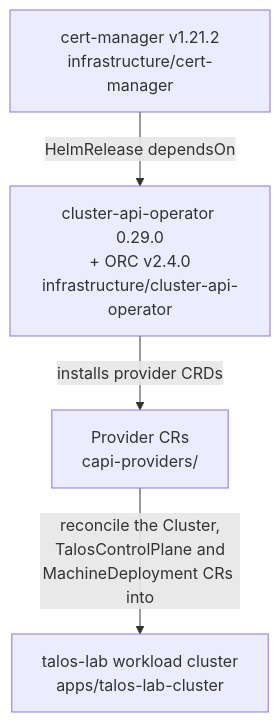
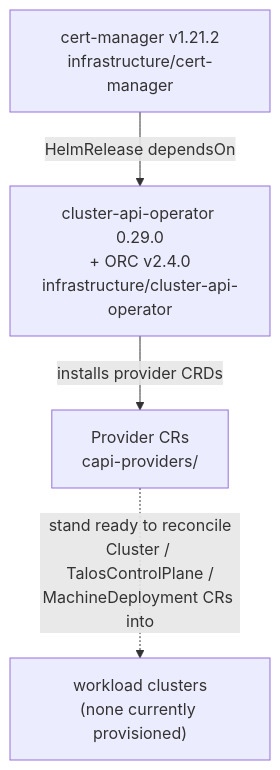
One commit to rezachalak/homelab changed the third of 3 diagrams in README.md. Above: the diagram before and after it, drawn with Mermaid. The commit also changed other lines of this file and 6 other files, not shown here.

First line of the commit message:
Remove the talos-lab workload cluster

````diff
--- a/README.md
+++ b/README.md
@@ -109,11 +111,11 @@
 ```mermaid
 flowchart TD
     cm["cert-manager v1.21.2<br/>infrastructure/cert-manager"]
     op["cluster-api-operator 0.29.0<br/>+ ORC v2.4.0<br/>infrastructure/cluster-api-operator"]
     pr["Provider CRs<br/>capi-providers/"]
-    cl["talos-lab workload cluster<br/>apps/talos-lab-cluster"]
+    cl["workload clusters<br/>(none currently provisioned)"]
 
     cm -->|"HelmRelease dependsOn"| op
     op -->|"installs provider CRDs"| pr
-    pr -->|"reconcile the Cluster,<br/>TalosControlPlane and<br/>MachineDeployment CRs into"| cl
+    pr -.->|"stand ready to reconcile<br/>Cluster / TalosControlPlane /<br/>MachineDeployment CRs into"| cl
 ```
````
